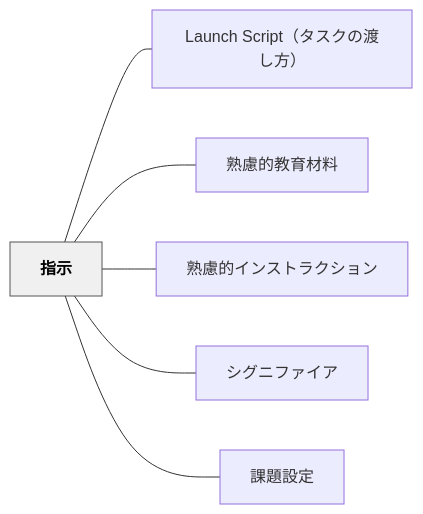
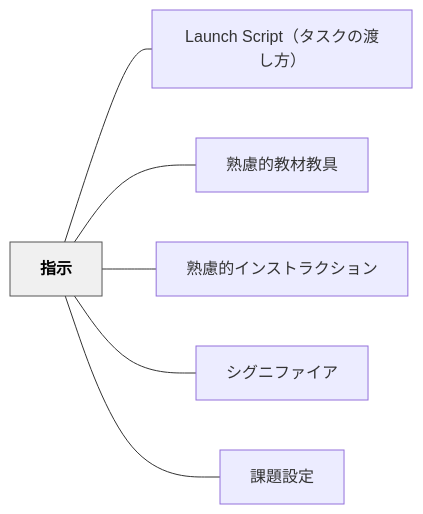
One commit to unknownthings-ed-patterns/unknownthings-ed-patterns changed the diagram in content/パタン/指示.md. Above: the diagram before and after it, drawn with Mermaid. The commit also changed other lines of this file and 72 other files, not shown here.

````diff
--- a/content/パタン/指示.md
+++ b/content/パタン/指示.md
@@ -47,18 +47,18 @@
 ```mermaid
 flowchart LR
     ne68c87e7a4ba["指示"]
     n4c61756e636820536372697074efbc88e382bfe382b9e382afe381aee6b8a1e38197e696b9efbc89["Launch Script（タスクの渡し方）"]
-    ne7869fe685aee79a84e69599e882b2e69d90e69699["熟慮的教育材料"]
+    ne7869fe685aee79a84e69599e69d90e69599e585b7["熟慮的教材教具"]
     ne7869fe685aee79a84e382a4e383b3e382b9e38388e383a9e382afe382b7e383a7e383b3["熟慮的インストラクション"]
     ne382b7e382b0e3838be38395e382a1e382a4e382a2["シグニファイア"]
     ne8aab2e9a18ce8a8ade5ae9a["課題設定"]
 
     ne68c87e7a4ba --- n4c61756e636820536372697074efbc88e382bfe382b9e382afe381aee6b8a1e38197e696b9efbc89
-    ne68c87e7a4ba --- ne7869fe685aee79a84e69599e882b2e69d90e69699
+    ne68c87e7a4ba --- ne7869fe685aee79a84e69599e69d90e69599e585b7
     ne68c87e7a4ba --- ne7869fe685aee79a84e382a4e383b3e382b9e38388e383a9e382afe382b7e383a7e383b3
     ne68c87e7a4ba --- ne382b7e382b0e3838be38395e382a1e382a4e382a2
     ne68c87e7a4ba --- ne8aab2e9a18ce8a8ade5ae9a
 
     classDef hub fill:#f0f0f0,stroke:#555,color:#000,font-weight:bold
     class ne68c87e7a4ba hub
 ```
````
